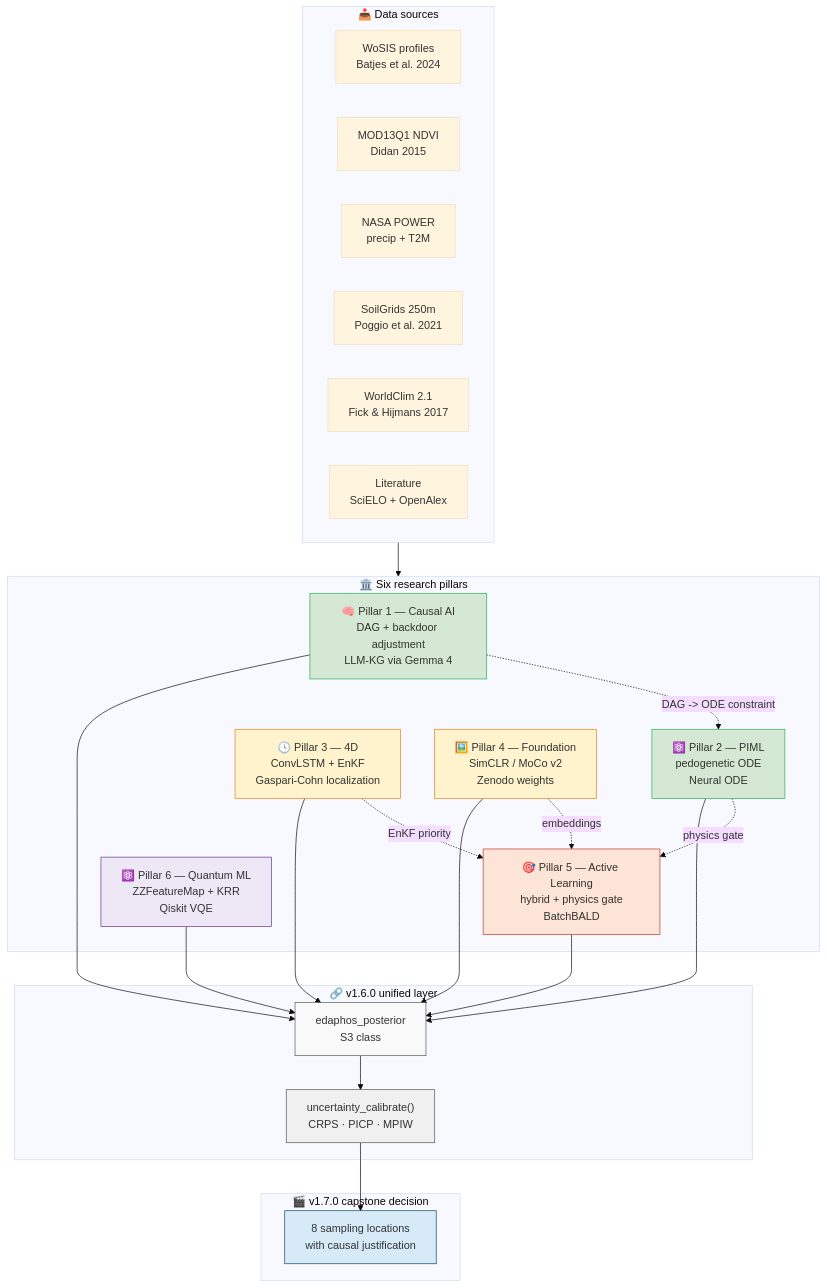
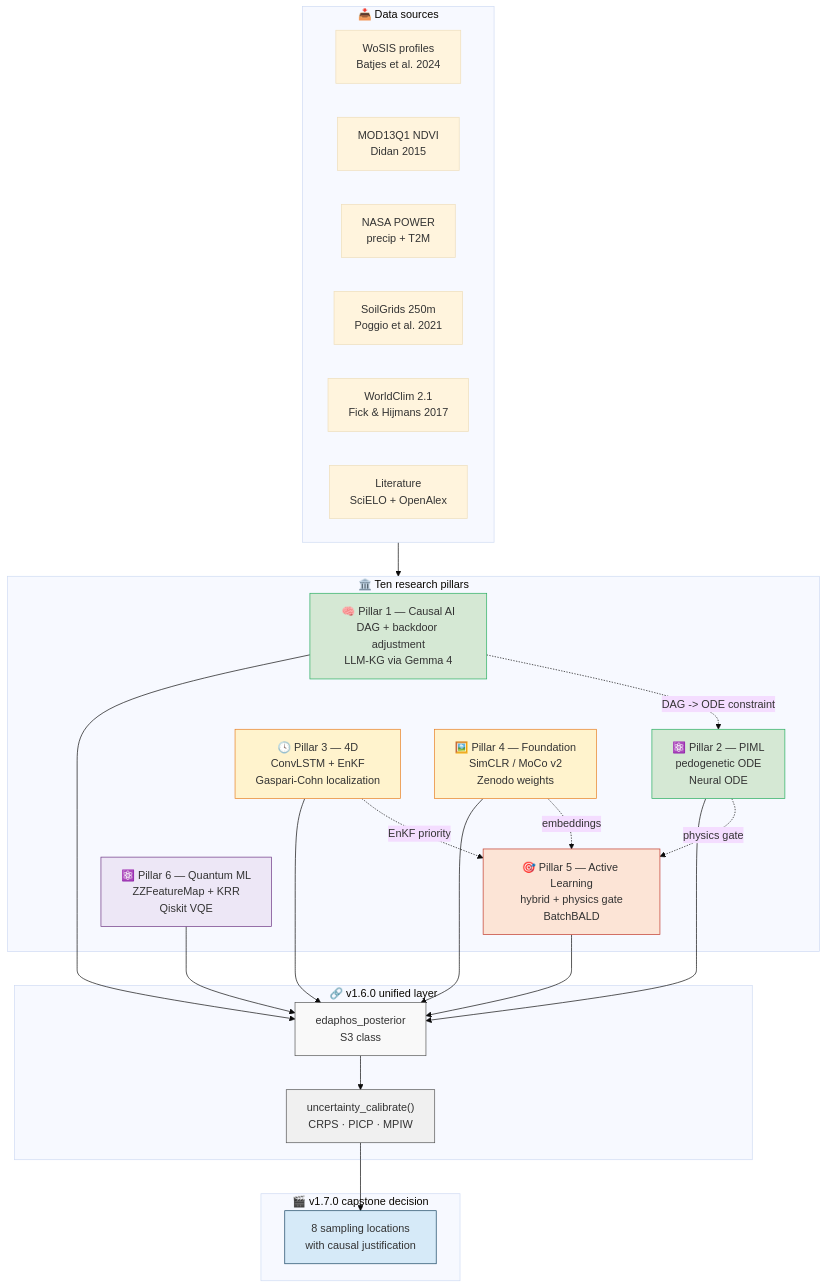
Before and after one commit to HugoMachadoRodrigues/edaphos: the first of 3 diagrams in README.md, drawn with Mermaid (base theme). The commit also changed other lines of this file and 68 other files, not shown here.

````diff
--- a/README.md
+++ b/README.md
@@ -83,54 +83,54 @@
 ```mermaid
 flowchart TB
     subgraph DATA["📥 Data sources"]
         WoSIS[WoSIS profiles<br/>Batjes et al. 2024]
         MODIS[MOD13Q1 NDVI<br/>Didan 2015]
         POWER[NASA POWER<br/>precip + T2M]
         SOILGRIDS[SoilGrids 250m<br/>Poggio et al. 2021]
         WORLDCLIM[WorldClim 2.1<br/>Fick & Hijmans 2017]
         LIT[Literature<br/>SciELO + OpenAlex]
     end
 
-    subgraph PILLARS["🏛️ Six research pillars"]
+    subgraph PILLARS["🏛️ Ten research pillars"]
         P1["🧠 Pillar 1 — Causal AI<br/>DAG + backdoor adjustment<br/>LLM-KG via Gemma 4"]
         P2["⚛️ Pillar 2 — PIML<br/>pedogenetic ODE<br/>Neural ODE"]
         P3["🕓 Pillar 3 — 4D<br/>ConvLSTM + EnKF<br/>Gaspari-Cohn localization"]
         P4["🖼️ Pillar 4 — Foundation<br/>SimCLR / MoCo v2<br/>Zenodo weights"]
         P5["🎯 Pillar 5 — Active Learning<br/>hybrid + physics gate<br/>BatchBALD"]
         P6["⚛️ Pillar 6 — Quantum ML<br/>ZZFeatureMap + KRR<br/>Qiskit VQE"]
     end
 
     subgraph UNIFY["🔗 v1.6.0 unified layer"]
         POST["edaphos_posterior<br/>S3 class"]
         CAL["uncertainty_calibrate()<br/>CRPS · PICP · MPIW"]
     end
 
     subgraph DECIDE["🎬 v1.7.0 capstone decision"]
         DEC["8 sampling locations<br/>with causal justification"]
     end
 
     DATA --> PILLARS
     P1 --> POST
     P2 --> POST
     P3 --> POST
     P4 --> POST
     P5 --> POST
     P6 --> POST
     POST --> CAL
     CAL --> DEC
 
     P1 -. "DAG -> ODE constraint" .-> P2
     P2 -. "physics gate" .-> P5
     P3 -. "EnKF priority" .-> P5
     P4 -. "embeddings" .-> P5
 
     style P1 fill:#D5E8D4,stroke:#27AE60
     style P2 fill:#D5E8D4,stroke:#27AE60
     style P3 fill:#FFF3CD,stroke:#E67E22
     style P4 fill:#FFF3CD,stroke:#E67E22
     style P5 fill:#FCE4D6,stroke:#C0392B
     style P6 fill:#EDE7F6,stroke:#6C3483
     style POST fill:#F9F9F9,stroke:#555555
     style CAL fill:#F0F0F0,stroke:#555555
     style DEC fill:#D6EAF8,stroke:#154360
 ```
````
